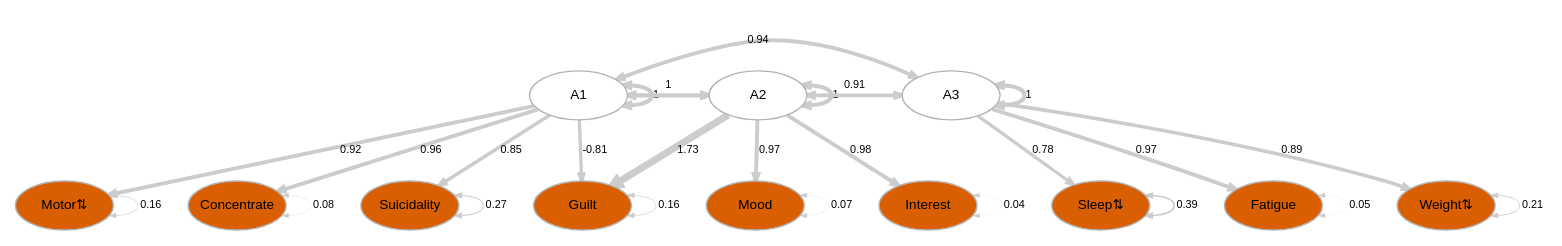
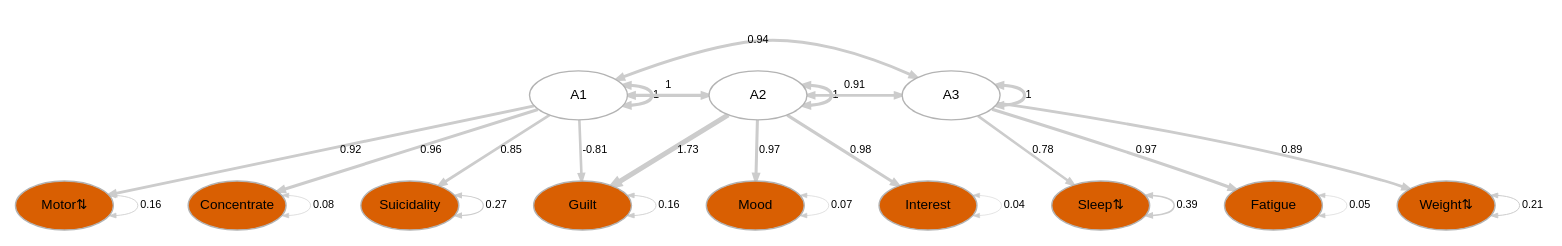
Before and after one commit to ccbs-stradl/mdd-symptom-gwas: the diagram in mdd-symptom-gsem_files/ukb_phq_kendler_neale_constr.gv, drawn with Graphviz. The commit also changed 13 other files, not shown here.

Commit message:
Function to manipulate graphviz node layout ranks

```diff
--- a/mdd-symptom-gsem_files/ukb_phq_kendler_neale_constr.gv
+++ b/mdd-symptom-gsem_files/ukb_phq_kendler_neale_constr.gv
@@ -1,59 +1,64 @@
 digraph {
+
 graph [layout = "dot",
        rankdir = "TB",
        outputorder = "edgesfirst",
        bgcolor = "white"]
+
 node [fontname = "Helvetica",
       fontsize = "10",
       shape = "circle",
       fixedsize = "true",
       width = "0.5",
       style = "filled",
       fillcolor = "aliceblue",
       color = "gray70",
       fontcolor = "gray50"]
+
 edge [fontname = "Helvetica",
      fontsize = "8",
      len = "1.5",
      color = "gray80",
      arrowsize = "0.5"]
-   {rank=same "1" "2" "3"}
-   {rank=same "4" "5" "6" "7" "8" "9" "10" "11" "12"}
+
+{rank=same "1" "2" "3" }
+{rank=same "4" "5" "6" "7" "8" "9" "10" "11" "12" }
+
   "1" [label = "A1", shape = "oval", width = "1", fillcolor = "white", fontcolor = "black"] 
   "2" [label = "A2", shape = "oval", width = "1", fillcolor = "white", fontcolor = "black"] 
   "3" [label = "A3", shape = "oval", width = "1", fillcolor = "white", fontcolor = "black"] 
   "4" [label = "Mood", shape = "oval", width = "1", fillcolor = "#d95f02", fontcolor = "black"] 
   "5" [label = "Interest", shape = "oval", width = "1", fillcolor = "#d95f02", fontcolor = "black"] 
   "6" [label = "Weight⇅", shape = "oval", width = "1", fillcolor = "#d95f02", fontcolor = "black"] 
   "7" [label = "Sleep⇅", shape = "oval", width = "1", fillcolor = "#d95f02", fontcolor = "black"] 
   "8" [label = "Motor⇅", shape = "oval", width = "1", fillcolor = "#d95f02", fontcolor = "black"] 
   "9" [label = "Fatigue", shape = "oval", width = "1", fillcolor = "#d95f02", fontcolor = "black"] 
   "10" [label = "Guilt", shape = "oval", width = "1", fillcolor = "#d95f02", fontcolor = "black"] 
   "11" [label = "Concentrate", shape = "oval", width = "1", fillcolor = "#d95f02", fontcolor = "black"] 
   "12" [label = "Suicidality", shape = "oval", width = "1", fillcolor = "#d95f02", fontcolor = "black"] 
-"1"->"1" [label = "1", penwidth = "3", dir = "both"] 
-"1"->"2" [label = "1", penwidth = "2.99999893624105", dir = "both"] 
-"1"->"3" [label = "0.94", penwidth = "2.81514948902217", dir = "both"] 
-"1"->"8" [label = "0.92", penwidth = "2.74883598824507", dir = "forward"] 
-"1"->"10" [label = "-0.81", penwidth = "2.43150481798024", dir = "forward"] 
-"1"->"11" [label = "0.96", penwidth = "2.87702465245791", dir = "forward"] 
-"1"->"12" [label = "0.85", penwidth = "2.56107899510458", dir = "forward"] 
-"2"->"2" [label = "1", penwidth = "3", dir = "both"] 
-"2"->"3" [label = "0.91", penwidth = "2.72545942132963", dir = "both"] 
-"2"->"4" [label = "0.97", penwidth = "2.89786200288234", dir = "forward"] 
-"2"->"5" [label = "0.98", penwidth = "2.93791705880638", dir = "forward"] 
-"2"->"10" [label = "1.73", penwidth = "5.17619146332342", dir = "forward"] 
-"3"->"3" [label = "1", penwidth = "3", dir = "both"] 
-"3"->"6" [label = "0.89", penwidth = "2.66005248283014", dir = "forward"] 
-"3"->"7" [label = "0.78", penwidth = "2.33828161316177", dir = "forward"] 
-"3"->"9" [label = "0.97", penwidth = "2.92260342501939", dir = "forward"] 
-"4"->"4" [label = "0.07", penwidth = "0.200798897912759", dir = "both"] 
-"5"->"5" [label = "0.04", penwidth = "0.122881480927526", dir = "both"] 
-"6"->"6" [label = "0.21", penwidth = "0.641373287143108", dir = "both"] 
-"7"->"7" [label = "0.39", penwidth = "1.17747950435927", dir = "both"] 
-"8"->"8" [label = "0.16", penwidth = "0.481295815280143", dir = "both"] 
-"9"->"9" [label = "0.05", penwidth = "0.152796365234247", dir = "both"] 
-"10"->"10" [label = "0.16", penwidth = "0.488893810833311", dir = "both"] 
-"11"->"11" [label = "0.08", penwidth = "0.240907469405615", dir = "both"] 
-"12"->"12" [label = "0.27", penwidth = "0.813617617865407", dir = "both"] 
+"1"->"1" [label = "1", penwidth = "2.3", dir = "both"] 
+"1"->"2" [label = "1", penwidth = "2.29999943011667", dir = "both"] 
+"1"->"3" [label = "0.94", penwidth = "2.17676577903329", dir = "both"] 
+"1"->"8" [label = "0.92", penwidth = "2.1325572532923", dir = "forward"] 
+"1"->"10" [label = "-0.81", penwidth = "1.92117466781285", dir = "forward"] 
+"1"->"11" [label = "0.96", penwidth = "2.2180170800249", dir = "forward"] 
+"1"->"12" [label = "0.85", penwidth = "2.00738610886844", dir = "forward"] 
+"2"->"2" [label = "1", penwidth = "2.3", dir = "both"] 
+"2"->"3" [label = "0.91", penwidth = "2.11697460166054", dir = "both"] 
+"2"->"4" [label = "0.97", penwidth = "2.23190706330767", dir = "forward"] 
+"2"->"5" [label = "0.98", penwidth = "2.25861034461542", dir = "forward"] 
+"2"->"10" [label = "1.73", penwidth = "3.75096692777707", dir = "forward"] 
+"3"->"3" [label = "1", penwidth = "2.3", dir = "both"] 
+"3"->"6" [label = "0.89", penwidth = "2.07336843615809", dir = "forward"] 
+"3"->"7" [label = "0.78", penwidth = "1.85885448939889", dir = "forward"] 
+"3"->"9" [label = "0.97", penwidth = "2.24840223261212", dir = "forward"] 
+"4"->"4" [label = "0.07", penwidth = "0.433867487961125", dir = "both"] 
+"5"->"5" [label = "0.04", penwidth = "0.381922687854792", dir = "both"] 
+"6"->"6" [label = "0.21", penwidth = "0.727582275492255", dir = "both"] 
+"7"->"7" [label = "0.39", penwidth = "1.08498640586278", dir = "both"] 
+"8"->"8" [label = "0.16", penwidth = "0.620864264210692", dir = "both"] 
+"9"->"9" [label = "0.05", penwidth = "0.401864114197644", dir = "both"] 
+"10"->"10" [label = "0.16", penwidth = "0.625928418395107", dir = "both"] 
+"11"->"11" [label = "0.08", penwidth = "0.460605053715914", dir = "both"] 
+"12"->"12" [label = "0.27", penwidth = "0.842412119045876", dir = "both"] 
 }
```
